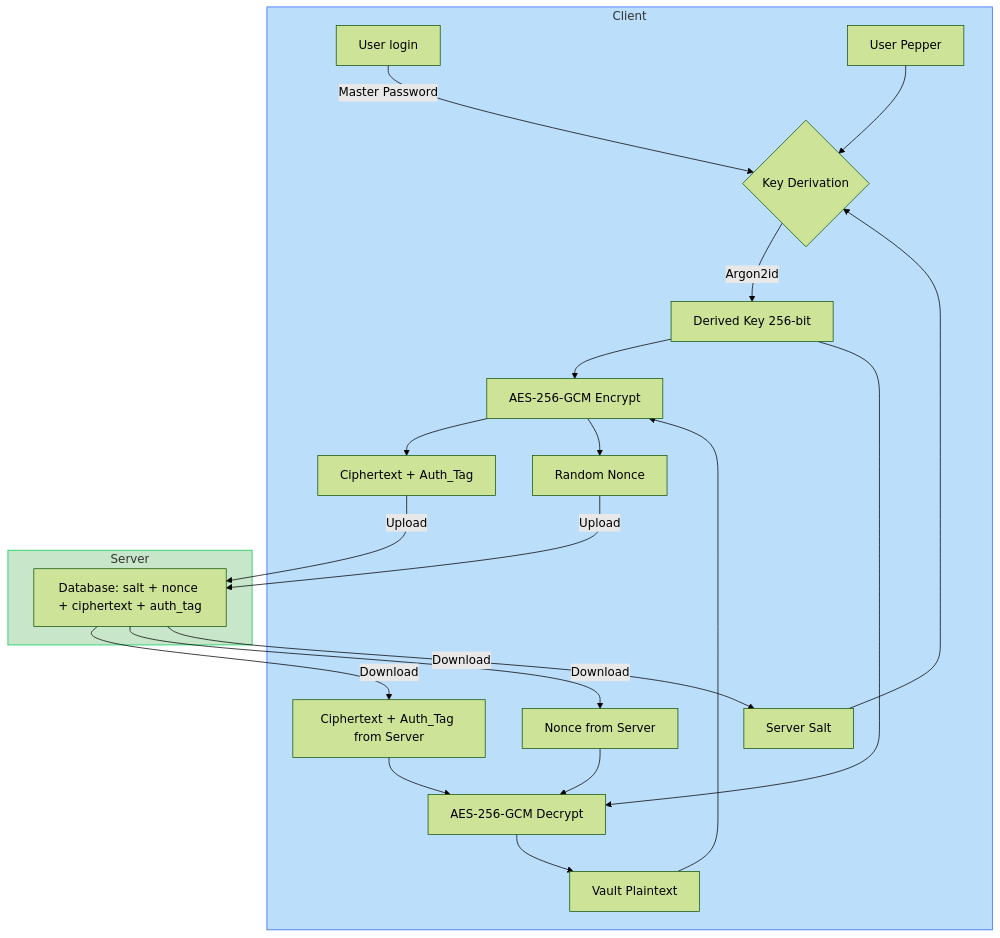
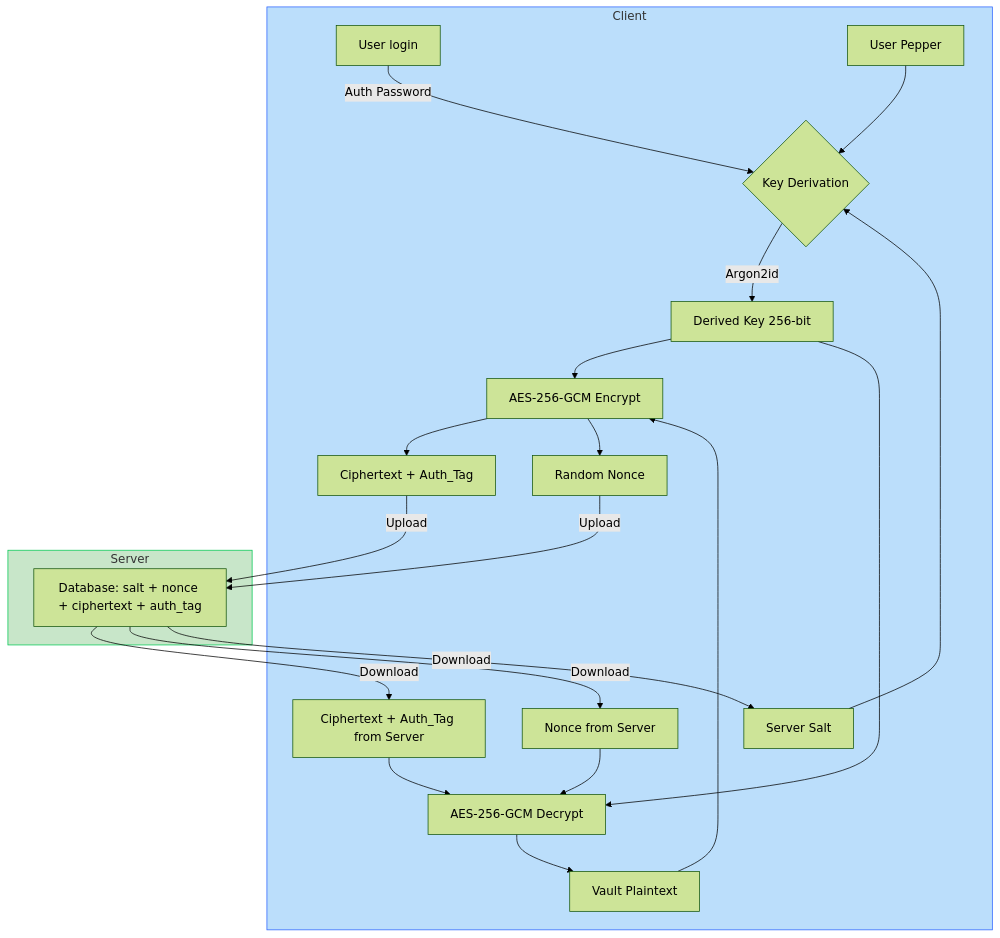
The first of 4 diagrams in README.md (DavidHerencia/password_manager_crypto), drawn with Mermaid (forest theme) before and after one commit. The commit also changed 1 other file, not shown here.

Commit message:
feat: update informe and readme

````diff
--- a/README.md
+++ b/README.md
@@ -94,37 +94,37 @@
 ```mermaid
 flowchart TB
  subgraph subGraph0["Client"]
         C{"Key Derivation"}
         U["User login"]
         S["Server Salt"]
         P["User Pepper"]
         K["Derived Key 256-bit"]
         ENC["AES-256-GCM Encrypt"]
         V_PT["Vault Plaintext"]
         V_CT["Ciphertext + Auth_Tag"]
         N["Random Nonce"]
         DEC["AES-256-GCM Decrypt"]
         V_CT_IN["Ciphertext + Auth_Tag from Server"]
         N_IN["Nonce from Server"]
   end
  subgraph subGraph1["Server"]
         DB["Database: salt + nonce + ciphertext + auth_tag"]
   end
-    U -- Master Password --> C
+    U -- Auth Password --> C
     P --> C
     S --> C
     C -- Argon2id --> K
     V_PT --> ENC
     K --> ENC & DEC
     ENC --> V_CT & N
     V_CT_IN --> DEC
     N_IN --> DEC
     DEC --> V_PT
     V_CT -- Upload --> DB
     N -- Upload --> DB
     DB -- Download --> V_CT_IN & N_IN & S
 
 
     style subGraph1 fill:#C8E6C9,stroke:#00C853
     style subGraph0 fill:#BBDEFB,stroke:#2962FF
 ```
````
